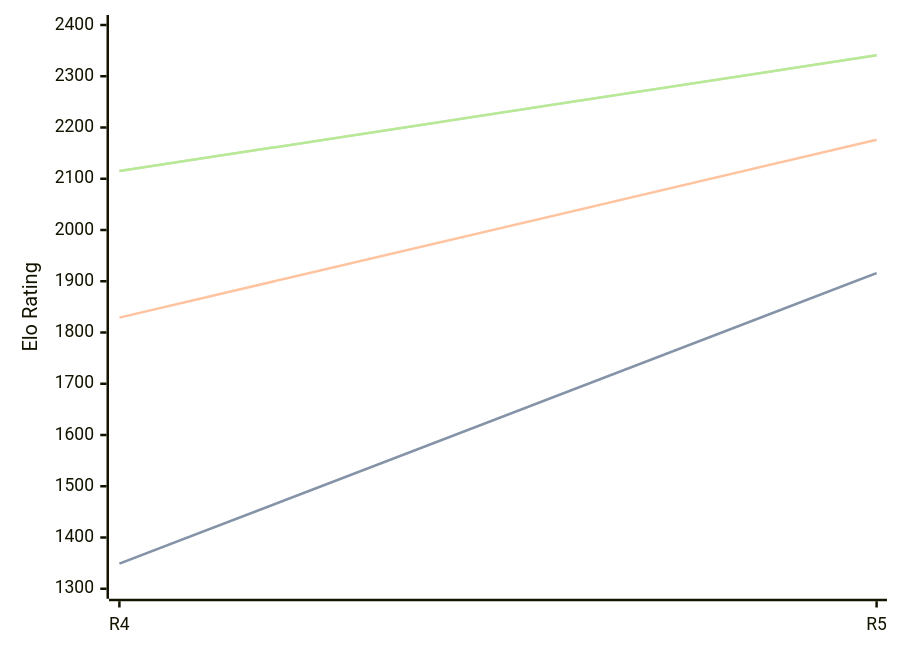
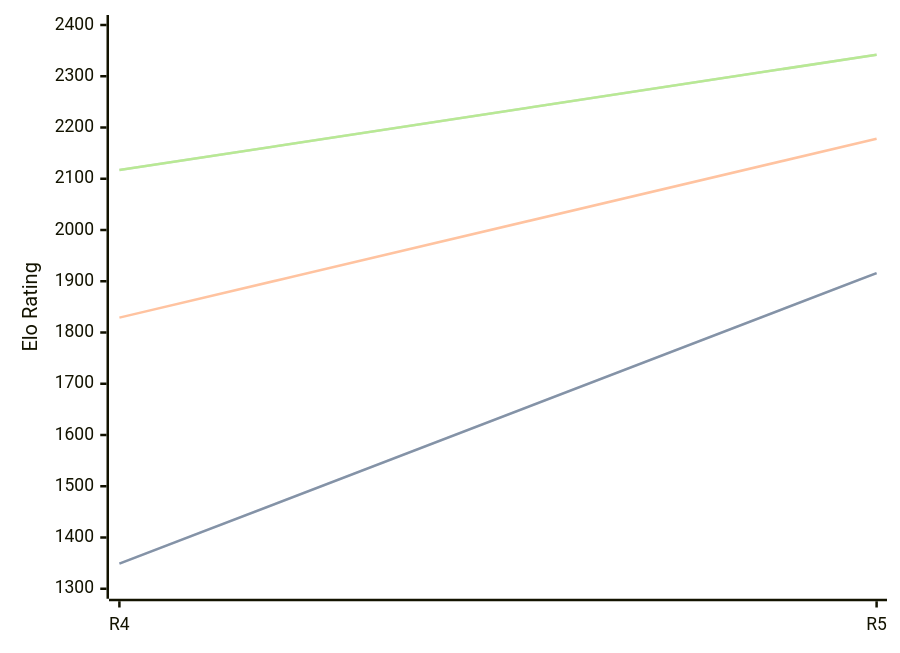
The diagram in engines/Viking.md (computer-chess-index/cci), drawn with Mermaid before and after one commit. The commit also changed other lines of this file, not shown here.

Commit message:
Update CCI Ratings (ELO VLTC) - 2026-08-26

````diff
--- a/engines/Viking.md
+++ b/engines/Viking.md
@@ -35,11 +35,11 @@
 ```mermaid
 %%{init: {"theme":"base","themeVariables":{"seriesColors:['#a3a3a3','#222221','#faa371']}}}%%
 xychart-beta
   x-axis ["R4", "R5"]
   y-axis "Elo Rating" 1300 --> 2400
   line "STC (8.0+0.08s)" [1349, 1916]
   line "STC (8.0+0.08s)" [1349, 1916]
-  line "LTC (60.0+0.60s)" [1829, 2176]
-  line "VLTC (2m24s+1.12s)" [2115, 2341]
-  line "VLTC (2m24s+1.12s)" [2115, 2341]
+  line "LTC (60.0+0.60s)" [1829, 2178]
+  line "VLTC (2m24s+1.12s)" [2117, 2342]
+  line "VLTC (2m24s+1.12s)" [2117, 2342]
 ```
````
